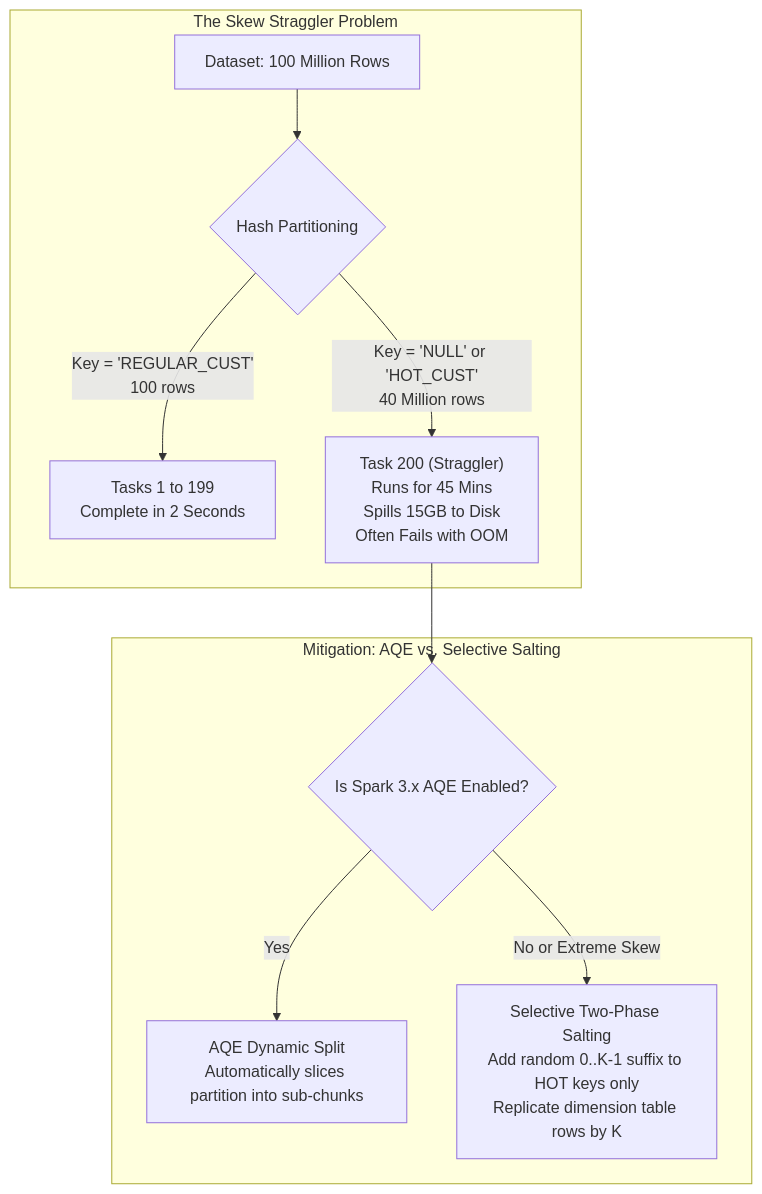
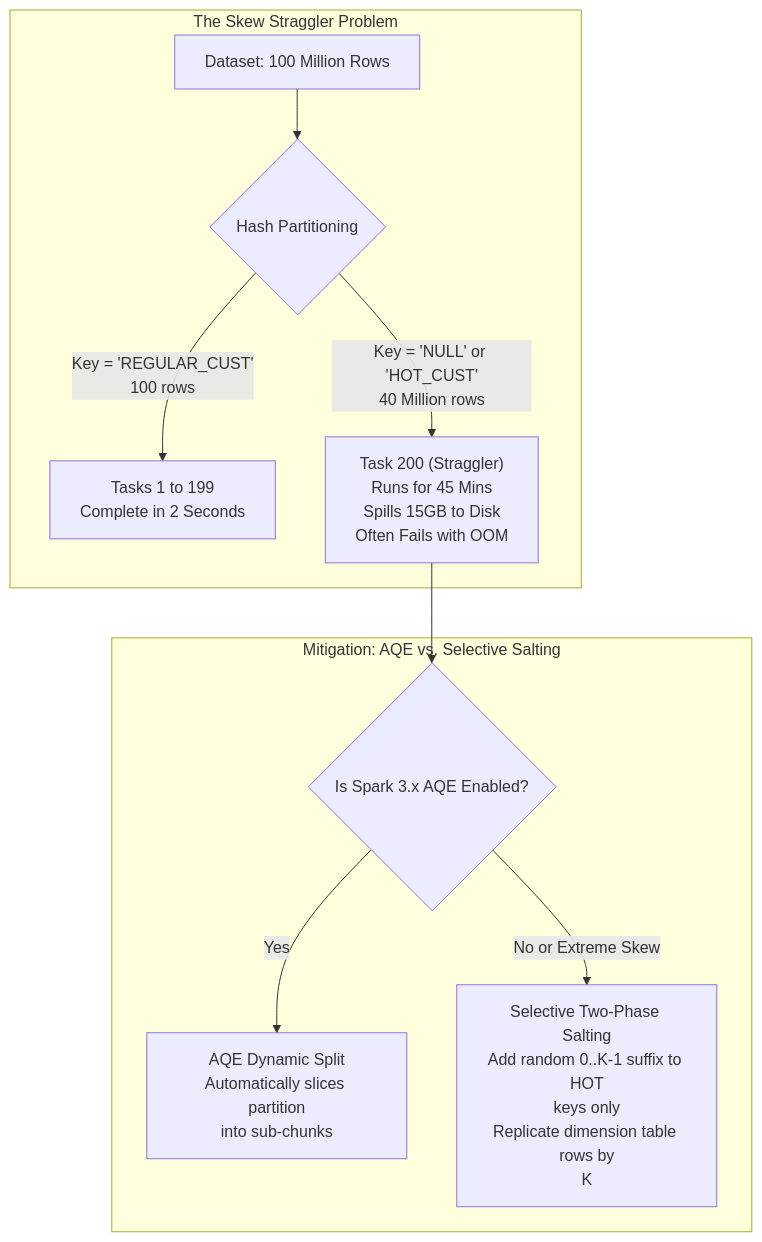
The ninth of 9 diagrams in docs/engineering/distributed_core_joins_and_skew_deep_dive.md (santoshjammi29/moderndataengineer), drawn with Mermaid before and after one commit. The commit also changed other lines of this file and 29 other files, not shown here.

Commit message:
fix(diagrams): word-wrap labels and escape comparison operators across all diagrams

````diff
--- a/docs/engineering/distributed_core_joins_and_skew_deep_dive.md
+++ b/docs/engineering/distributed_core_joins_and_skew_deep_dive.md
@@ -313,14 +313,14 @@
 ```mermaid
 flowchart TD
     subgraph ProblemScenario ["The Skew Straggler Problem"]
         Dataset["Dataset: 100 Million Rows"] --> Hash{"Hash Partitioning"}
-        Hash -->|"Key = 'REGULAR_CUST'\n100 rows"| Task1["Tasks 1 to 199\nComplete in 2 Seconds"]
-        Hash -->|"Key = 'NULL' or 'HOT_CUST'\n40 Million rows"| Task200["Task 200 (Straggler)\nRuns for 45 Mins\nSpills 15GB to Disk\nOften Fails with OOM"]
+        Hash -->|"Key = 'REGULAR_CUST'<br/>100 rows"| Task1["Tasks 1 to 199<br/>Complete in 2 Seconds"]
+        Hash -->|"Key = 'NULL' or 'HOT_CUST'<br/>40 Million rows"| Task200["Task 200 (Straggler)<br/>Runs for 45 Mins<br/>Spills 15GB to Disk<br/>Often Fails with OOM"]
     end
 
     subgraph SolutionScenario ["Mitigation: AQE vs. Selective Salting"]
         Task200 --> AQECheck{"Is Spark 3.x AQE Enabled?"}
-        AQECheck -->|Yes| AutoSplit["AQE Dynamic Split\nAutomatically slices partition into sub-chunks"]
-        AQECheck -->|No or Extreme Skew| Salting["Selective Two-Phase Salting\nAdd random 0..K-1 suffix to HOT keys only\nReplicate dimension table rows by K"]
+        AQECheck -->|Yes| AutoSplit["AQE Dynamic Split<br/>Automatically slices partition<br/>into sub-chunks"]
+        AQECheck -->|No or Extreme Skew| Salting["Selective Two-Phase Salting<br/>Add random 0..K-1 suffix to HOT<br/>keys only<br/>Replicate dimension table rows by<br/>K"]
     end
 ```
````
